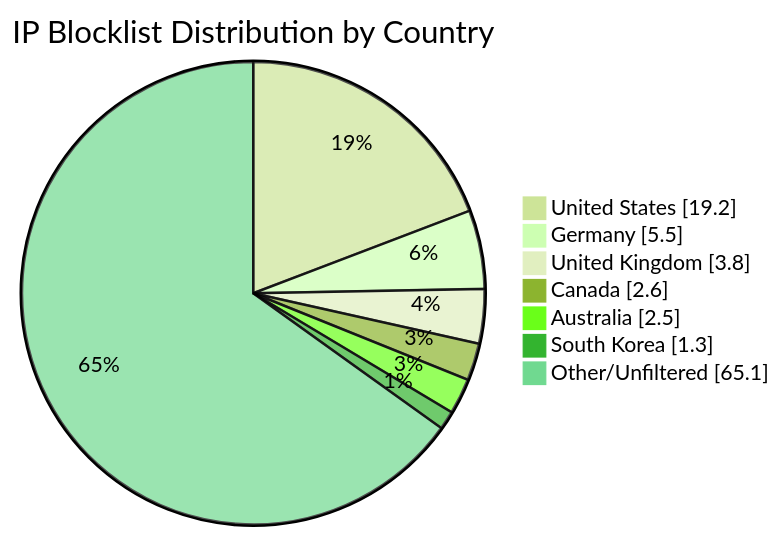
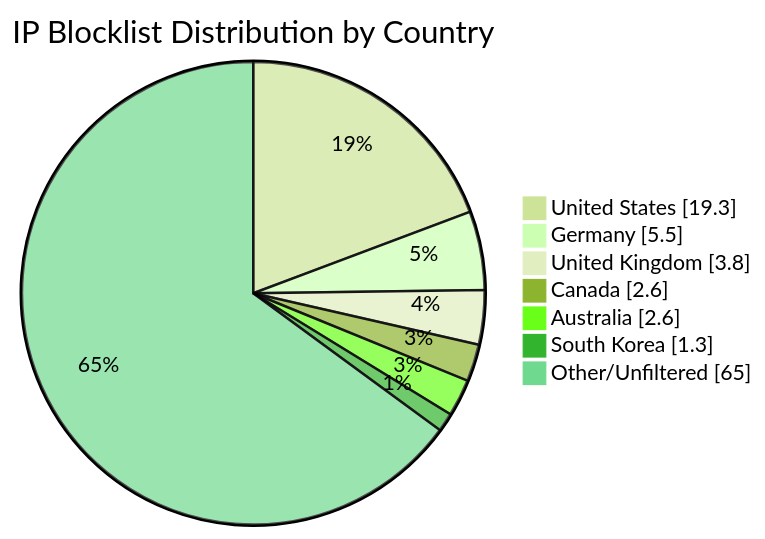
The diagram in README.md (MarcusHoltz/ipblocklist-geofiltered-aggregator), drawn with Mermaid (forest theme) before and after one commit. The commit also changed other lines of this file and 9 other files, not shown here.

````diff
--- a/README.md
+++ b/README.md
@@ -34,10 +34,10 @@
 ```mermaid
 pie showData title IP Blocklist Distribution by Country
-"United States" : 19.2
+"United States" : 19.3
 "Germany" : 5.5
 "United Kingdom" : 3.8
 "Canada" : 2.6
-"Australia" : 2.5
+"Australia" : 2.6
 "South Korea" : 1.3
-"Other/Unfiltered" : 65.1
+"Other/Unfiltered" : 65.0
 ```
````
